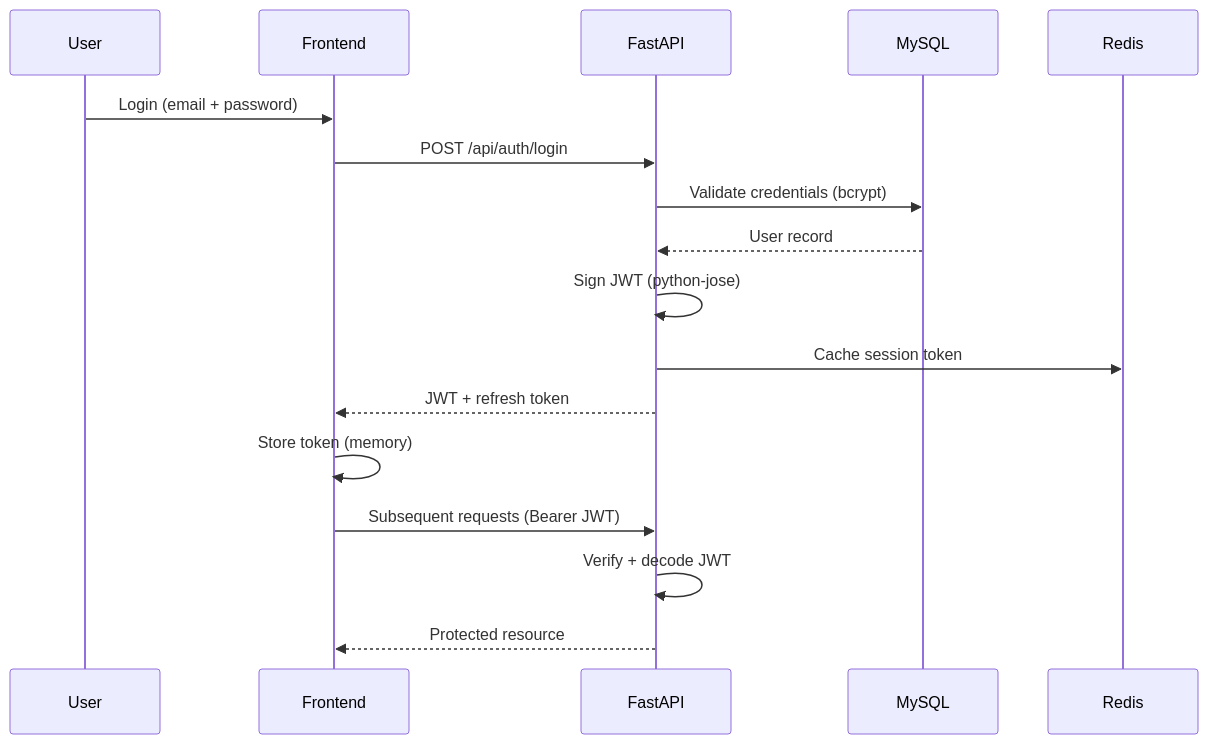
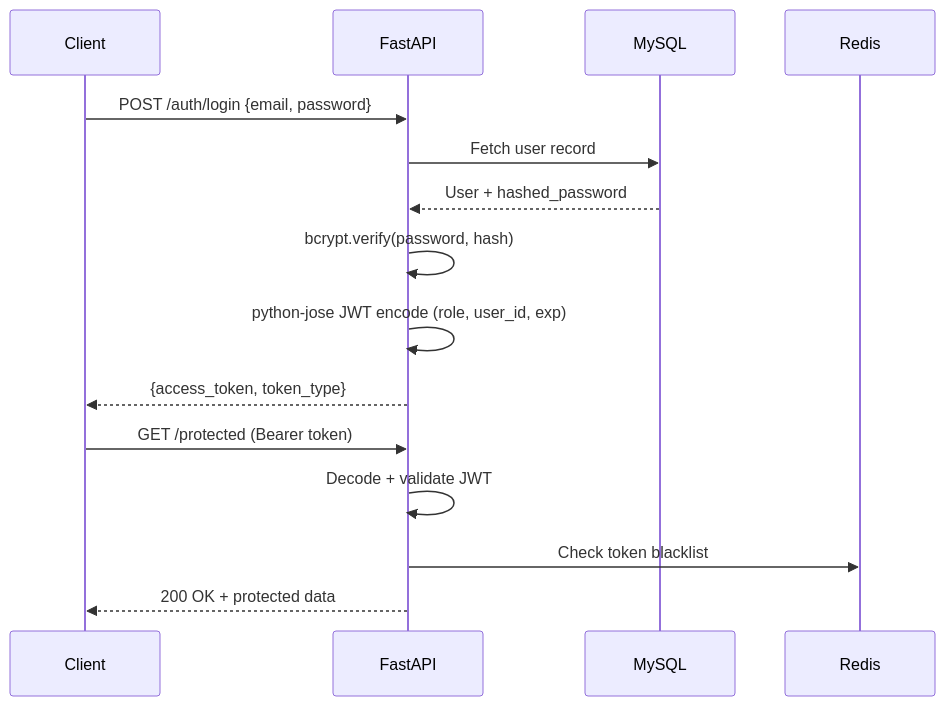
One commit to jack121200/HireNexus changed the second of 2 diagrams in README.md. Above: the diagram before and after it, drawn with Mermaid. The commit also changed other lines of this file, not shown here.

````diff
--- a/README.md
+++ b/README.md
@@ -125,20 +194,18 @@
 ```mermaid
 sequenceDiagram
-    participant U as User
-    participant F as Frontend
-    participant B as FastAPI
+    participant C as Client
+    participant API as FastAPI
     participant DB as MySQL
     participant R as Redis
 
-    U->>F: Login (email + password)
-    F->>B: POST /api/auth/login
-    B->>DB: Validate credentials (bcrypt)
-    DB-->>B: User record
-    B->>B: Sign JWT (python-jose)
-    B->>R: Cache session token
-    B-->>F: JWT + refresh token
-    F->>F: Store token (memory)
-    F->>B: Subsequent requests (Bearer JWT)
-    B->>B: Verify + decode JWT
-    B-->>F: Protected resource
+    C->>API: POST /auth/login {email, password}
+    API->>DB: Fetch user record
+    DB-->>API: User + hashed_password
+    API->>API: bcrypt.verify(password, hash)
+    API->>API: python-jose JWT encode (role, user_id, exp)
+    API-->>C: {access_token, token_type}
+    C->>API: GET /protected (Bearer token)
+    API->>API: Decode + validate JWT
+    API->>R: Check token blacklist
+    API-->>C: 200 OK + protected data
 ```
````
